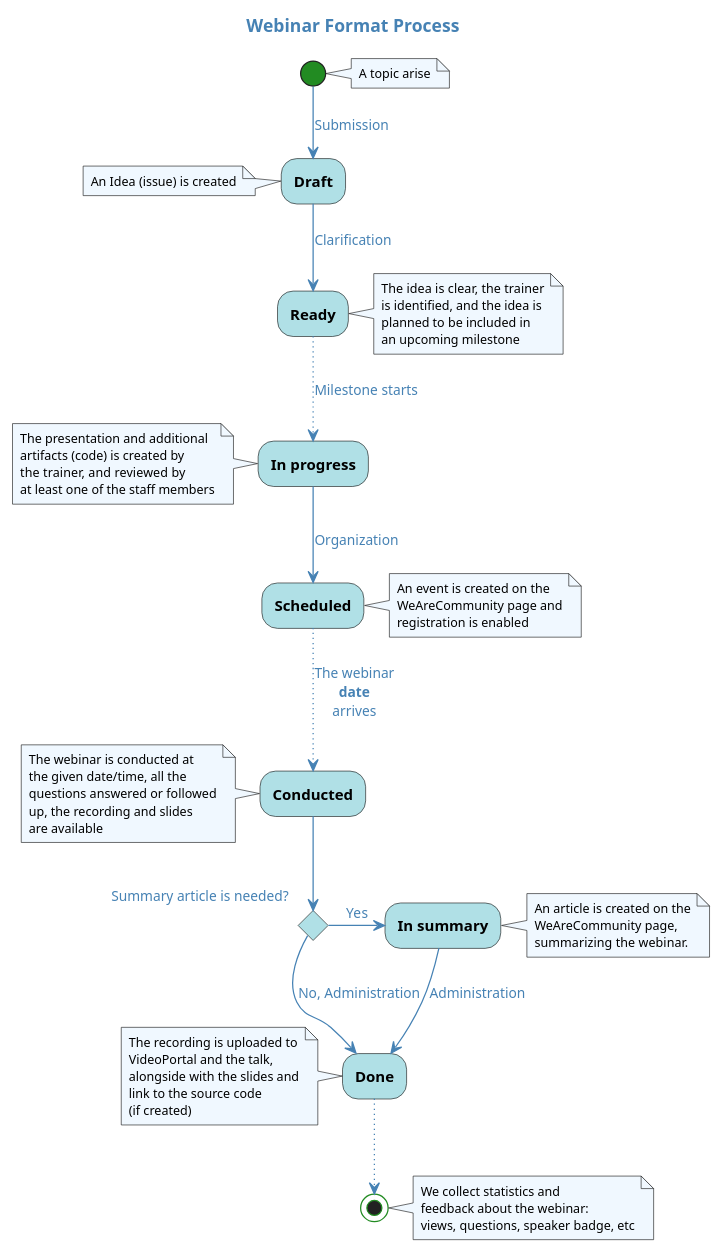
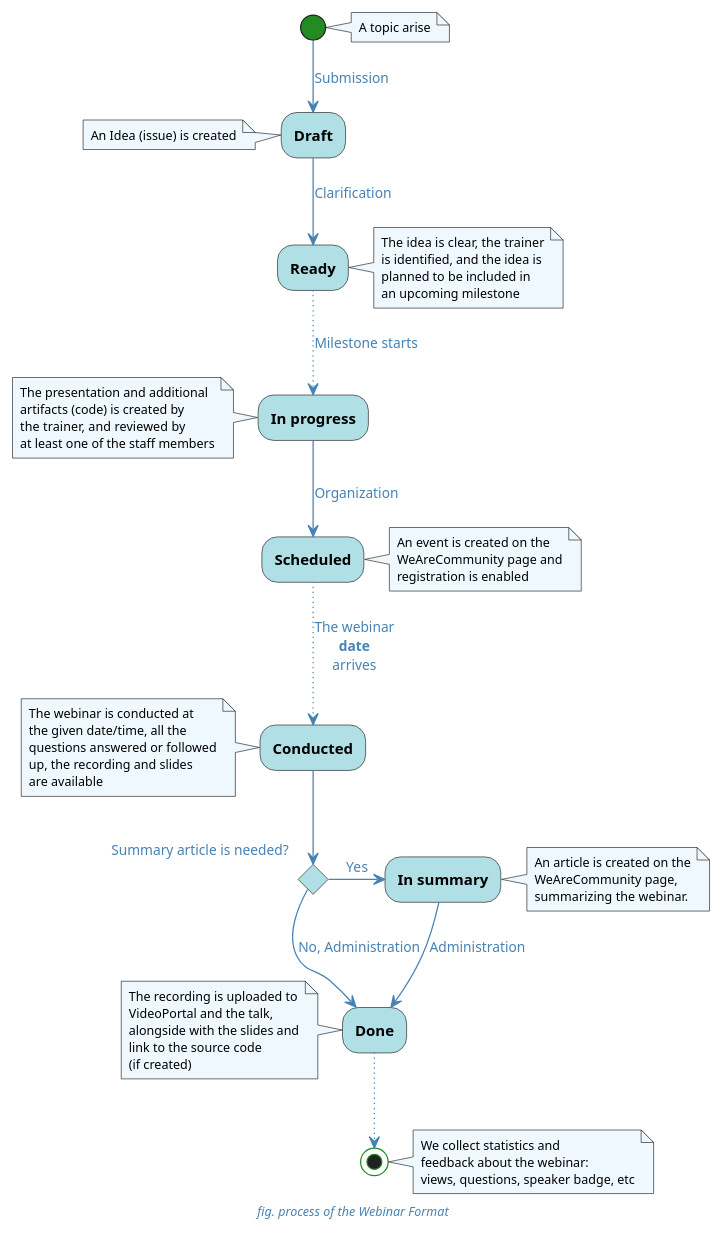
One commit to Idea-Pool/topics changed the diagram in docs/uml/format_webinar.puml. Above: the diagram before and after it, drawn with PlantUML. The commit also changed 12 other files, not shown here.

Commit message:
Updated diagram titles/captions

```diff
--- a/docs/uml/format_webinar.puml
+++ b/docs/uml/format_webinar.puml
@@ -1,102 +1,107 @@
 @startuml
-
-title Webinar Format Process
 
 skinparam defaultFontName Ubuntu Light
 skinparam backgroundColor transparent
-skinparam titleFontColor SteelBlue
+
+skinparam caption {
+    FontColor SteelBlue
+    FontStyle italic
+    FontSize 10pt
+}
 
 skinparam activity {
     BackgroundColor PowderBlue
     StartColor ForestGreen
     EndColor ForestGreen
     FontStyle bold
 }
 
 skinparam arrow {
     Color SteelBlue
     FontColor SteelBlue
 }
 
 skinparam note {
     BackgroundColor AliceBlue
     FontSize 10
 }
+
+caption fig. process of the Webinar Format
 
 note right
     A topic arise
 end note
 
 (*) -->[Submission] Draft
 
 note left
     An Idea (issue) is created
 end note
 
 -->[Clarification] Ready
 
 note right
     The idea is clear, the trainer
     is identified, and the idea is
     planned to be included in
     an upcoming milestone
 end note
 
 ..>[Milestone starts] In progress
 
 note left
     The presentation and additional
     artifacts (code) is created by
     the trainer, and reviewed by
     at least one of the staff members
 end note
 
 -->[Organization] Scheduled
 
 note right
     An event is created on the
     WeAreCommunity page and
     registration is enabled
 end note
 
 ..>[The webinar\n**date**\narrives] Conducted
 
 note left
     The webinar is conducted at
     the given date/time, all the
     questions answered or followed
     up, the recording and slides
     are available
 end note
 
 if "Summary article is needed?" then
     -right->[Yes] In summary
 
     note right
         An article is created on the
         WeAreCommunity page,
         summarizing the webinar.
     end note
 
     -->[Administration] Done
 else
     -->[No, Administration] Done
 endif
 
 note left
     The recording is uploaded to
     VideoPortal and the talk,
     alongside with the slides and
     link to the source code
     (if created)
 end note
 
 ..> (*)
 
 note right
     We collect statistics and
     feedback about the webinar:
     views, questions, speaker badge, etc
 end note
 
 @enduml
```
